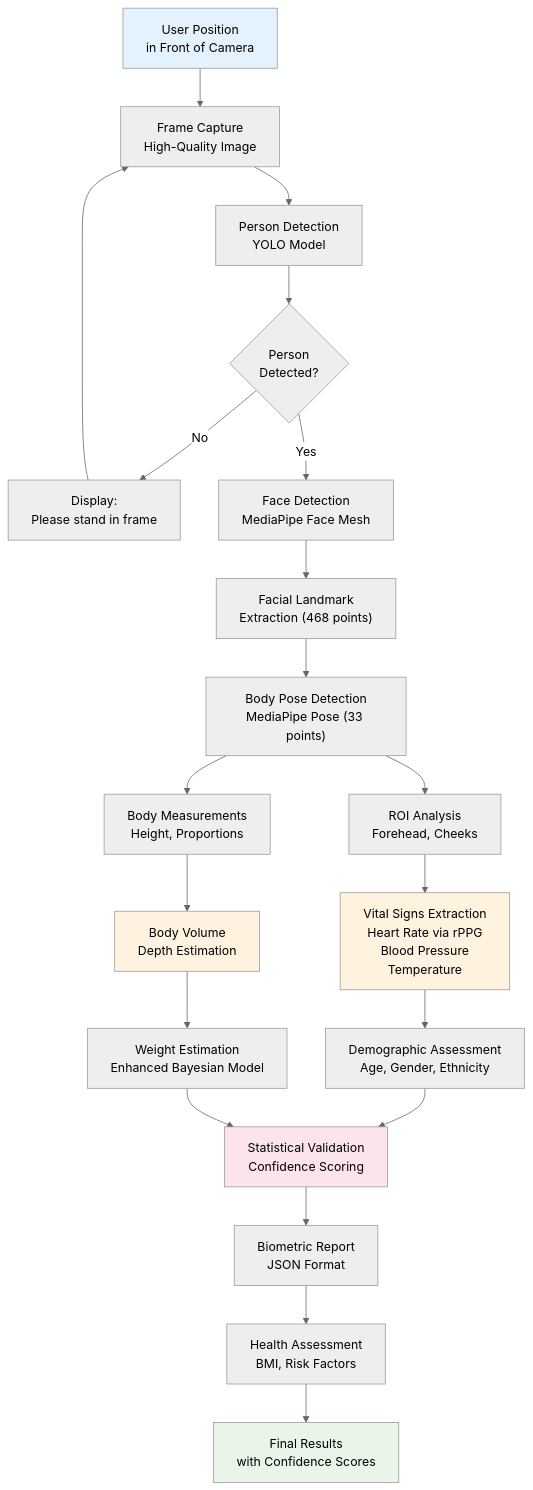
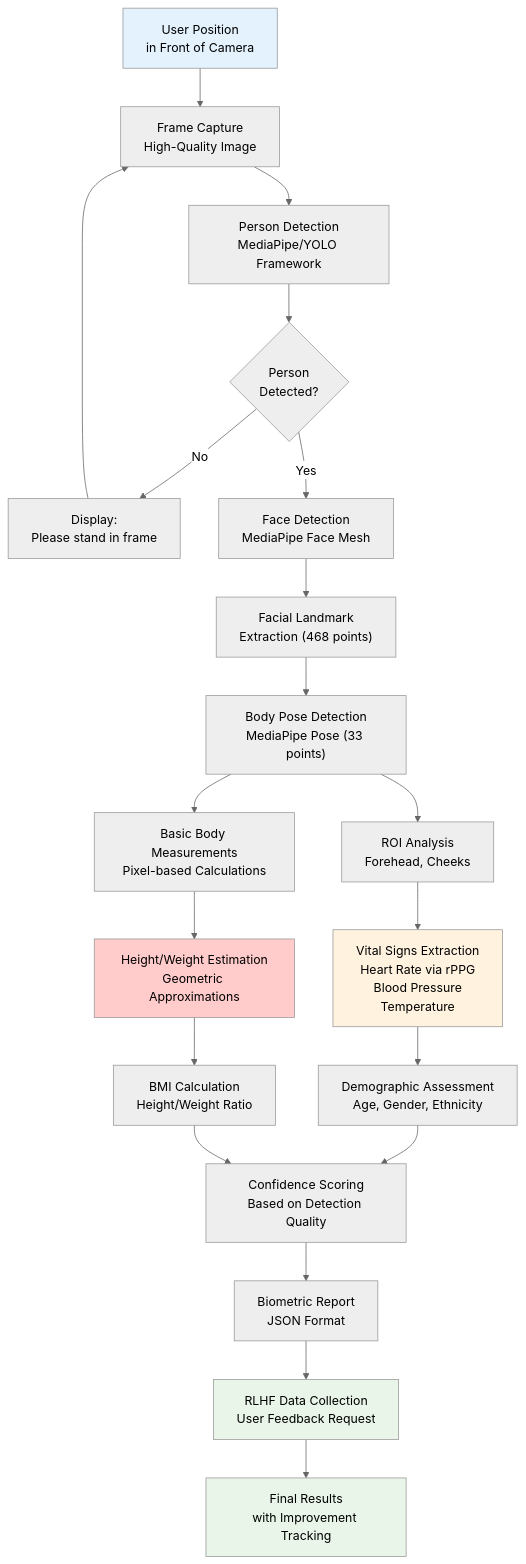
Before and after one commit to mgkram4/doc: the second of 4 diagrams in README.md, drawn with Mermaid (neutral theme). The commit also changed other lines of this file, not shown here.

````diff
--- a/README.md
+++ b/README.md
@@ -109,34 +121,34 @@
 ```mermaid
 flowchart TD
     A["User Position<br/>in Front of Camera"] --> B["Frame Capture<br/>High-Quality Image"]
-    B --> C["Person Detection<br/>YOLO Model"]
+    B --> C["Person Detection<br/>MediaPipe/YOLO Framework"]
     C --> D{"Person<br/>Detected?"}
     D -->|No| E["Display:<br/>Please stand in frame"]
     D -->|Yes| F["Face Detection<br/>MediaPipe Face Mesh"]
     E --> B
     
     F --> G["Facial Landmark<br/>Extraction (468 points)"]
     G --> H["Body Pose Detection<br/>MediaPipe Pose (33 points)"]
     
     H --> I["ROI Analysis<br/>Forehead, Cheeks"]
-    H --> J["Body Measurements<br/>Height, Proportions"]
+    H --> J["Basic Body Measurements<br/>Pixel-based Calculations"]
     
     I --> K["Vital Signs Extraction<br/>Heart Rate via rPPG<br/>Blood Pressure<br/>Temperature"]
-    J --> L["Body Volume<br/>Depth Estimation"]
+    J --> L["Height/Weight Estimation<br/>Geometric Approximations"]
     
     K --> M["Demographic Assessment<br/>Age, Gender, Ethnicity"]
-    L --> N["Weight Estimation<br/>Enhanced Bayesian Model"]
+    L --> N["BMI Calculation<br/>Height/Weight Ratio"]
     
-    M --> O["Statistical Validation<br/>Confidence Scoring"]
+    M --> O["Confidence Scoring<br/>Based on Detection Quality"]
     N --> O
     
     O --> P["Biometric Report<br/>JSON Format"]
-    P --> Q["Health Assessment<br/>BMI, Risk Factors"]
-    Q --> R["Final Results<br/>with Confidence Scores"]
+    P --> Q["RLHF Data Collection<br/>User Feedback Request"]
+    Q --> R["Final Results<br/>with Improvement Tracking"]
     
     style A fill:#e3f2fd
     style R fill:#e8f5e8
     style K fill:#fff3e0
-    style L fill:#fff3e0
-    style O fill:#fce4ec
+    style L fill:#ffcccb
+    style Q fill:#e8f5e8
 ```
````
